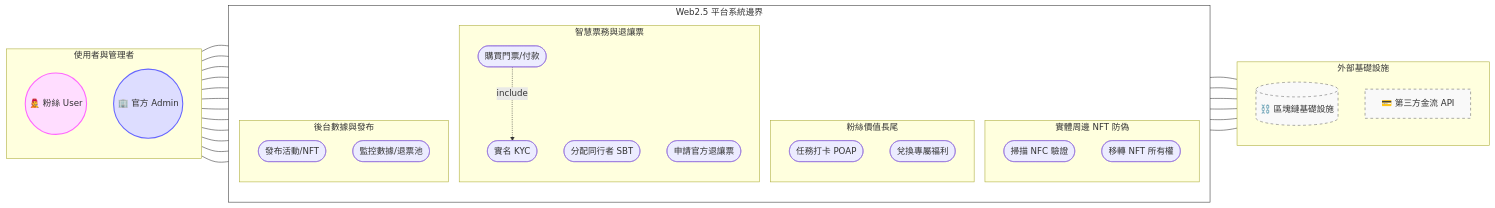
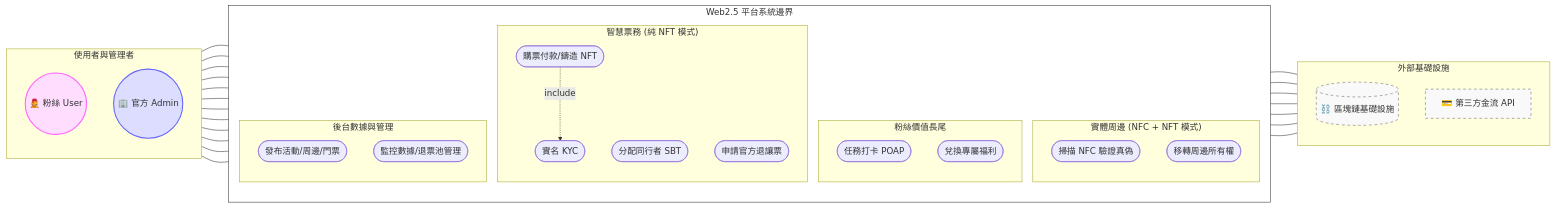
The second of 2 diagrams in test.md (zhuang147/Blockchain-fan-economy-document), drawn with Mermaid before and after one commit.

````diff
--- a/test.md
+++ b/test.md
@@ -72,81 +72,82 @@
 ```mermaid
 graph LR
-    %% --- 左側：參與者 (Actors) ---
+    %% --- 1. 定義參與者 (Actors) ---
     subgraph Left_Actors ["使用者與管理者"]
         direction TB
         User((🧑‍🎤 粉絲 User))
         Admin((🏢 官方 Admin))
     end
 
-    %% --- 中間：平台核心功能 (System Boundary) ---
+    %% --- 2. 系統功能邊界 (System Boundary) ---
     subgraph Platform ["Web2.5 平台系統邊界"]
         direction TB
         
-        subgraph Mod1 ["智慧票務與退讓票"]
+        subgraph Mod1 ["智慧票務 (純 NFT 模式)"]
             UC1([實名 KYC])
-            UC2([購買門票/付款])
+            UC2([購票付款/鑄造 NFT])
             UC3([分配同行者 SBT])
             UC4([申請官方退讓票])
         end
 
-        subgraph Mod2 ["實體周邊 NFT 防偽"]
-            UC5([掃描 NFC 驗證])
-            UC6([移轉 NFT 所有權])
+        subgraph Mod2 ["實體周邊 (NFC + NFT 模式)"]
+            UC5([掃描 NFC 驗證真偽])
+            UC6([移轉周邊所有權])
         end
 
         subgraph Mod3 ["粉絲價值長尾"]
             UC7([任務打卡 POAP])
             UC8([兌換專屬福利])
         end
 
-        subgraph Mod4 ["後台數據與發布"]
-            UC9([發布活動/NFT])
-            UC10([監控數據/退票池])
+        subgraph Mod4 ["後台數據與管理"]
+            UC9([發布活動/周邊/門票])
+            UC10([監控數據/退票池管理])
         end
     end
 
-    %% --- 右側：技術基礎設施 ---
+    %% --- 3. 外部基礎設施 (Infrastructure) ---
     subgraph Infra ["外部基礎設施"]
         direction TB
         BC[("⛓️ 區塊鏈基礎設施")]
         Pay["💳 第三方金流 API"]
     end
 
-    %% --- 關聯檢查 ---
+    %% --- 4. 關聯線關係 (Associations) ---
 
-    %% 1. 粉絲相關：所有終端功能
+    %% 粉絲操作：票務、周邊、長尾
     User --- UC1
     User --- UC2
     User --- UC3
     User --- UC4
     User --- UC5
     User --- UC6
     User --- UC7
     User --- UC8
 
-    %% 2. 官方相關：管理、發布、監控、介入受控交易
-    Admin --- UC9    
-    Admin --- UC10   
-    Admin --- UC4    
-    Admin --- UC6    
+    %% 官方管理：票務退讓、周邊轉移監控、後台管理
+    Admin --- UC9
+    Admin --- UC10
+    Admin --- UC4
+    Admin --- UC6
 
-    %% 3. 第三方 API：僅與金流相關
+    %% 第三方 API 連線
     UC2 --- Pay
 
-    %% 4. 區塊鏈連線：僅與「資產鑄造/變動」相關
-    UC3 --- BC    
-    UC4 --- BC   
-    UC6 --- BC   
-    UC7 --- BC   
-    UC10 --- BC  
+    %% 區塊鏈連線：所有資產變動 (SBT/NFT/POAP)
+    UC2 --- BC
+    UC3 --- BC
+    UC4 --- BC
+    UC6 --- BC
+    UC7 --- BC
+    UC10 --- BC
 
-    %% 5. 內部邏輯：購票必須實名
+    %% 內部包含邏輯
     UC2 -.->|include| UC1
 
-    %% --- 樣式設定 ---
+    %% --- 5. 視覺樣式設定 ---
     style User fill:#fdf,stroke:#f6f,stroke-width:2px
     style Admin fill:#ddf,stroke:#66f,stroke-width:2px
     style Platform fill:#fff,stroke:#333,stroke-width:1px
     style BC fill:#f9f9f9,stroke:#666,stroke-dasharray: 5 5
     style Pay fill:#f9f9f9,stroke:#666,stroke-dasharray: 5 5
 ```
````
